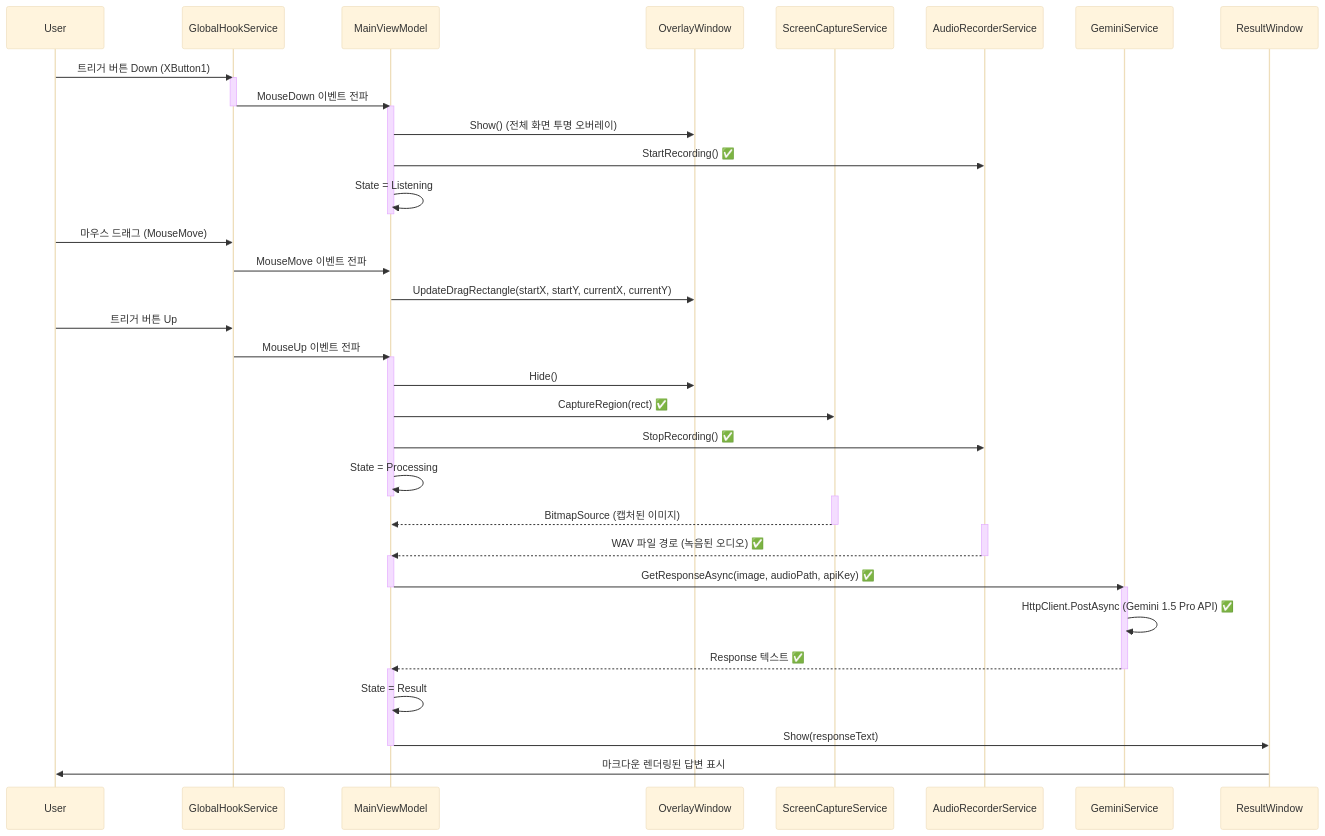
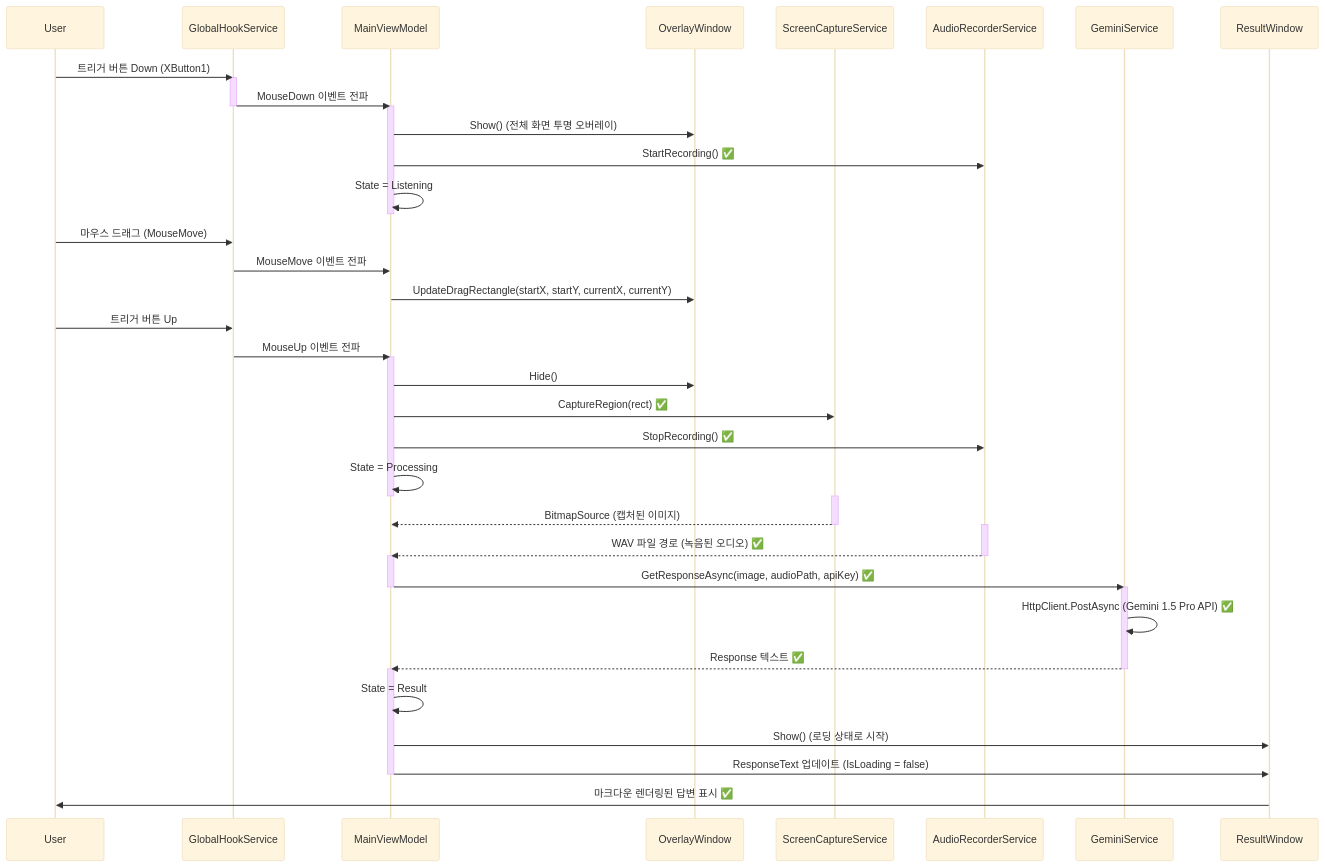
The first of 4 diagrams in md/Architecture.md (dreamwars99/AI_mouse), drawn with Mermaid (base theme) before and after one commit. The commit also changed other lines of this file and 10 other files, not shown here.

First line of the commit message:
Phase 4.1 완료 - 결과 뷰어(ResultWindow) 및 마크다운 렌더링 구현 (14차)

````diff
--- a/md/Architecture.md
+++ b/md/Architecture.md
@@ -12,60 +12,61 @@
 ```mermaid
 sequenceDiagram
     participant User
     participant Hook as GlobalHookService
     participant VM as MainViewModel
     participant Overlay as OverlayWindow
     participant Capture as ScreenCaptureService
     participant Audio as AudioRecorderService
     participant AI as GeminiService
     participant Result as ResultWindow
 
     User->>Hook: 트리거 버튼 Down (XButton1)
     activate Hook
     Hook->>VM: MouseDown 이벤트 전파
     deactivate Hook
     
     activate VM
     VM->>Overlay: Show() (전체 화면 투명 오버레이)
     VM->>Audio: StartRecording() ✅
     VM->>VM: State = Listening
     deactivate VM
     
     User->>Hook: 마우스 드래그 (MouseMove)
     Hook->>VM: MouseMove 이벤트 전파
     VM->>Overlay: UpdateDragRectangle(startX, startY, currentX, currentY)
     
     User->>Hook: 트리거 버튼 Up
     Hook->>VM: MouseUp 이벤트 전파
     
     activate VM
     VM->>Overlay: Hide()
     VM->>Capture: CaptureRegion(rect) ✅
     VM->>Audio: StopRecording() ✅
     VM->>VM: State = Processing
     deactivate VM
     
     activate Capture
     Capture-->>VM: BitmapSource (캡처된 이미지)
     deactivate Capture
     
     activate Audio
     Audio-->>VM: WAV 파일 경로 (녹음된 오디오) ✅
     deactivate Audio
     
     activate VM
     VM->>AI: GetResponseAsync(image, audioPath, apiKey) ✅
     deactivate VM
     
     activate AI
     AI->>AI: HttpClient.PostAsync (Gemini 1.5 Pro API) ✅
     AI-->>VM: Response 텍스트 ✅
     deactivate AI
     
     activate VM
     VM->>VM: State = Result
-    VM->>Result: Show(responseText)
+    VM->>Result: Show() (로딩 상태로 시작)
+    VM->>Result: ResponseText 업데이트 (IsLoading = false)
     deactivate VM
     
-    Result->>User: 마크다운 렌더링된 답변 표시
+    Result->>User: 마크다운 렌더링된 답변 표시 ✅
 ```
````
